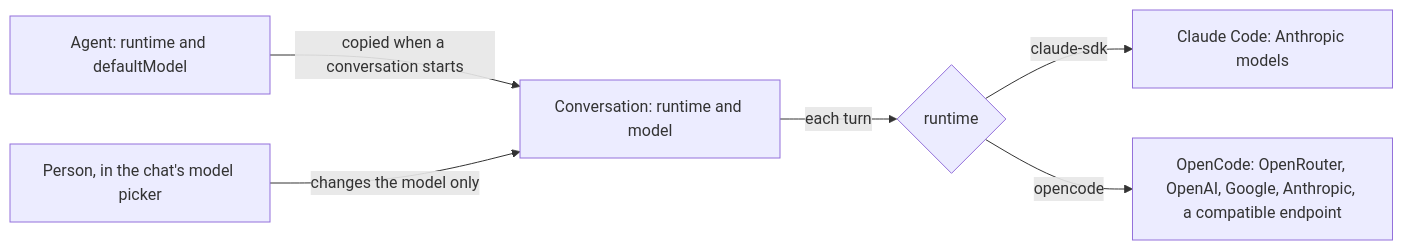
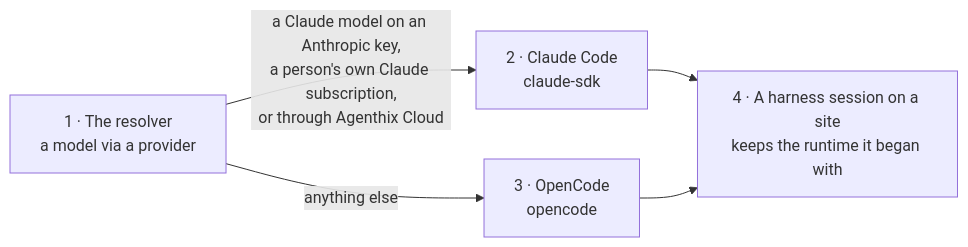
Before and after one commit to solution84-com/agenthix: the diagram in docs/concepts/agents/agent-runtime-model.md, drawn with Mermaid. The commit also changed other lines of this file and 40 other files, not shown here.

Commit message:
docs(concepts,architecture): providers, model resolution and lists, voice, billing and the ledger, the admin area, setup with models and voice, the AI contract with Cloud, and the site's provider descriptors and usage reports

````diff
--- a/docs/concepts/agents/agent-runtime-model.md
+++ b/docs/concepts/agents/agent-runtime-model.md
@@ -8,8 +8,7 @@
 ```mermaid
 flowchart LR
-    A["Agent: runtime and defaultModel"] -->|"copied when a conversation starts"| S["Conversation: runtime and model"]
-    P["Person, in the chat's model picker"] -->|"changes the model only"| S
-    S -->|"each turn"| R{"runtime"}
-    R -->|"claude-sdk"| C["Claude Code: Anthropic models"]
-    R -->|"opencode"| O["OpenCode: OpenRouter, OpenAI, Google, Anthropic, a compatible endpoint"]
+    R["1 · The resolver<br/>a model via a provider"] -->|"a Claude model on an Anthropic key,<br/>a person's own Claude subscription,<br/>or through Agenthix Cloud"| C["2 · Claude Code<br/>claude-sdk"]
+    R -->|"anything else"| O["3 · OpenCode<br/>opencode"]
+    C --> S["4 · A harness session on a site<br/>keeps the runtime it began with"]
+    O --> S
 ```
````
